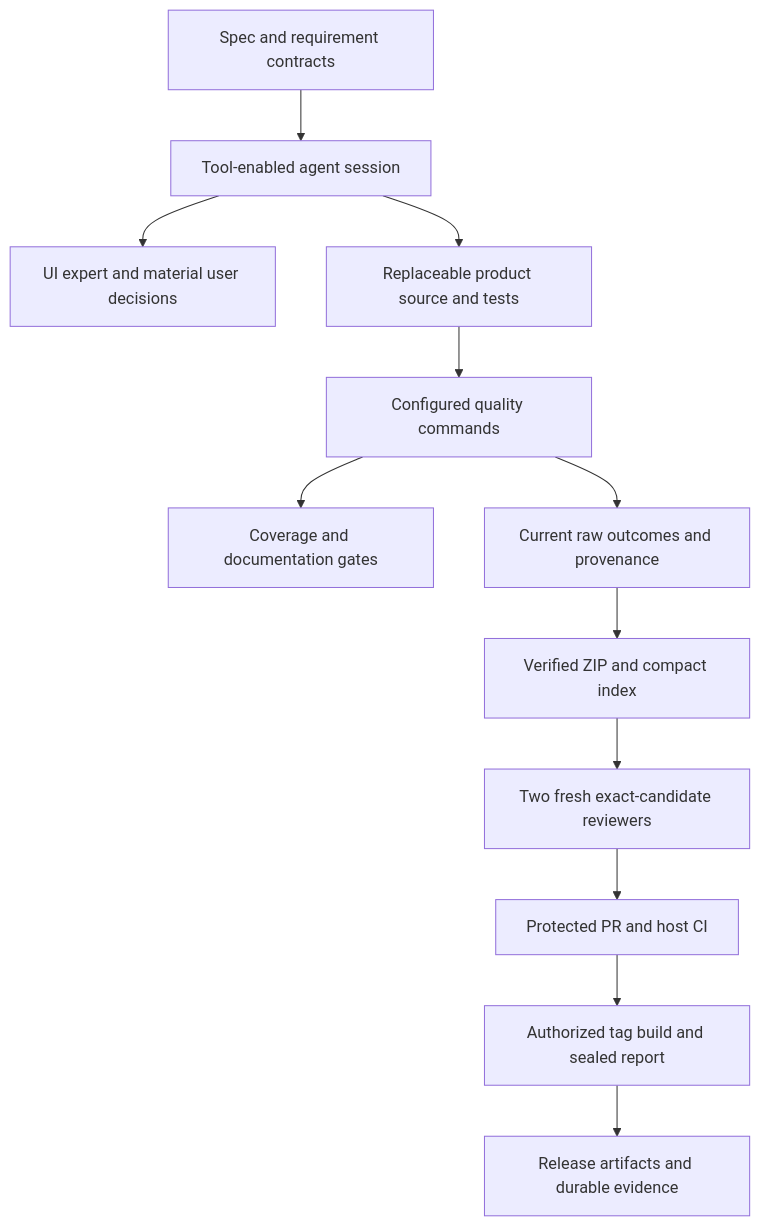
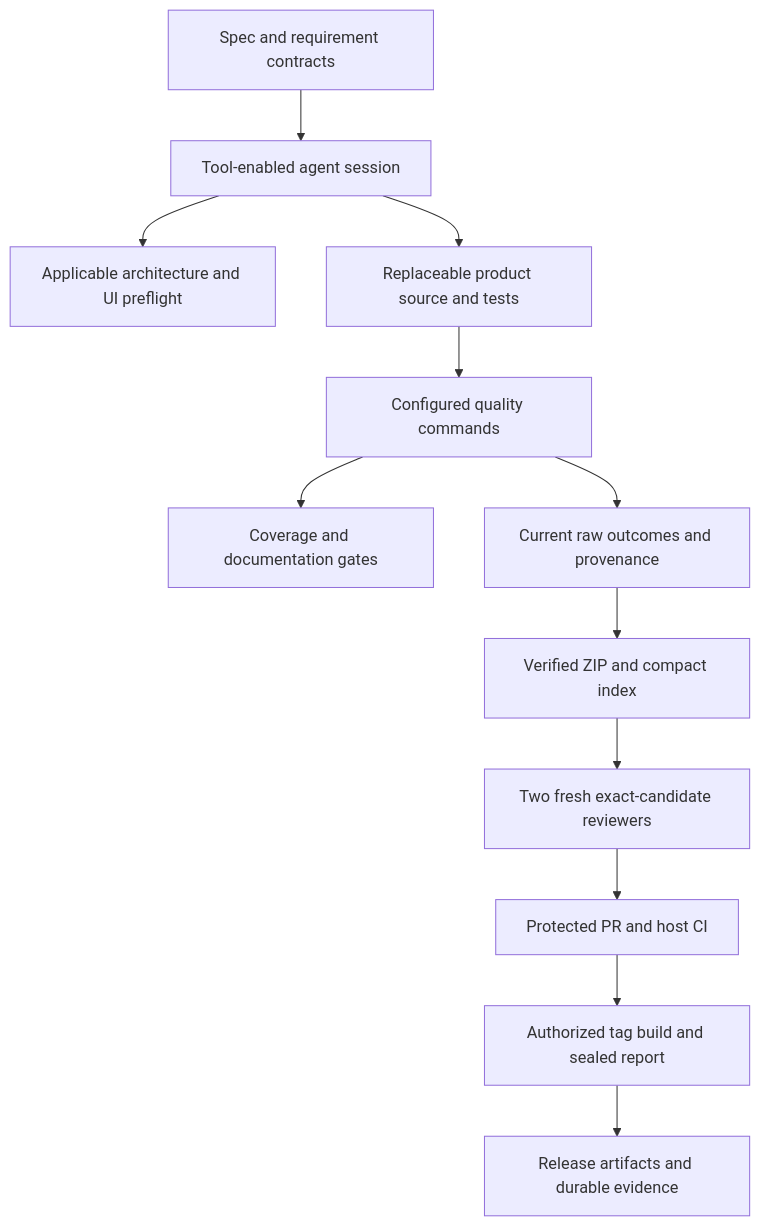
One commit to PhiLong-Ho/agent-dev-template changed the first of 3 diagrams in docs/ARCHITECTURE.md. Above: the diagram before and after it, drawn with Mermaid. The commit also changed other lines of this file and 31 other files, not shown here.

Commit message:
Add architecture atlas and expert preflight workflow (#4)

````diff
--- a/docs/ARCHITECTURE.md
+++ b/docs/ARCHITECTURE.md
@@ -3,14 +8,14 @@
 ```mermaid
 flowchart TB
     Spec[Spec and requirement contracts] --> Agent[Tool-enabled agent session]
-    Agent --> UI[UI expert and material user decisions]
+    Agent --> UI[Applicable architecture and UI preflight]
     Agent --> Product[Replaceable product source and tests]
     Product --> Quality[Configured quality commands]
     Quality --> Coverage[Coverage and documentation gates]
     Quality --> Raw[Current raw outcomes and provenance]
     Raw --> Archive[Verified ZIP and compact index]
     Archive --> Reviews[Two fresh exact-candidate reviewers]
     Reviews --> PR[Protected PR and host CI]
     PR --> Release[Authorized tag build and sealed report]
     Release --> Assets[Release artifacts and durable evidence]
 ```
````
